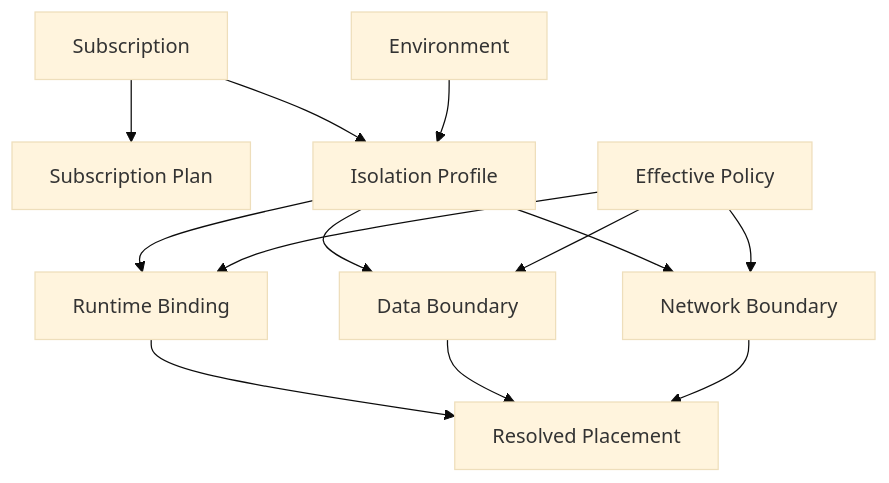
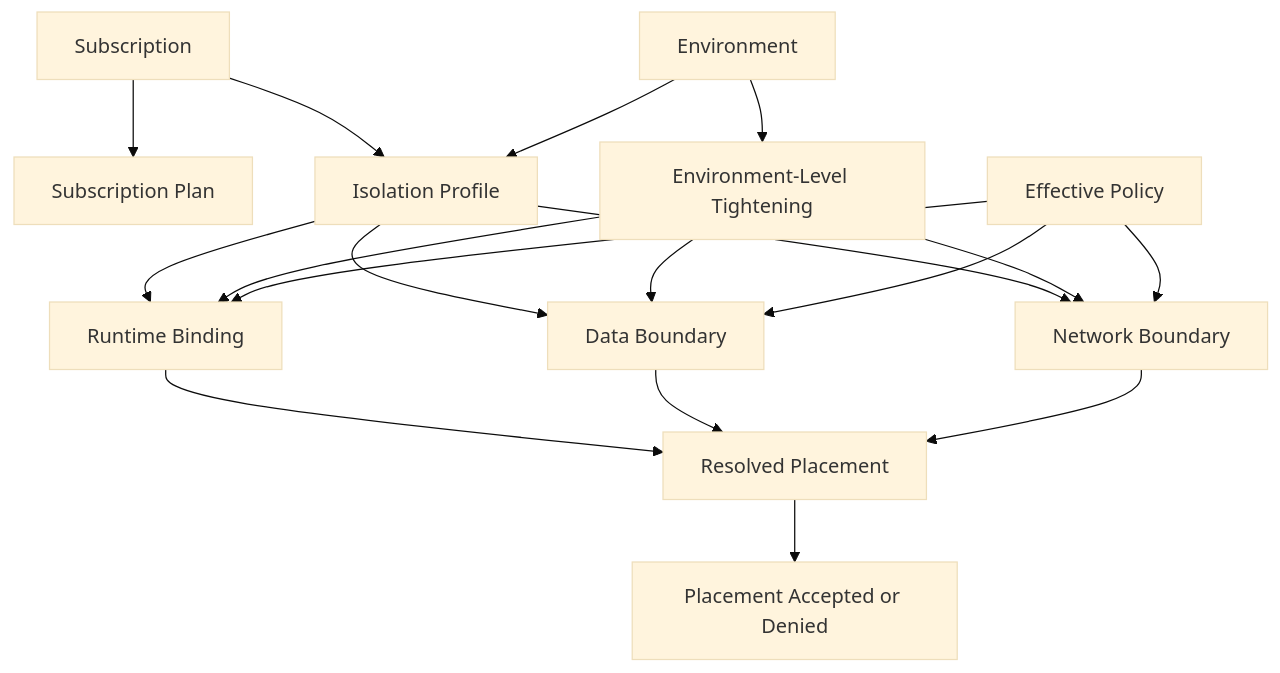
One commit to stefan-karlsson/software-architecture changed the third of 3 diagrams in documentation/arc42/06_runtime_view.adoc. Above: the diagram before and after it, drawn with Mermaid (base theme). The commit also changed other lines of this file and 6 other files, not shown here.

```diff
--- a/documentation/arc42/06_runtime_view.adoc
+++ b/documentation/arc42/06_runtime_view.adoc
@@ -66,16 +66,21 @@
 [mermaid, format=svg]
 ....
 flowchart TD
   Subscription["Subscription"] --> Plan["Subscription Plan"]
   Subscription --> IsolationProfile["Isolation Profile"]
   Environment["Environment"] --> IsolationProfile
   IsolationProfile --> RuntimeBinding["Runtime Binding"]
   IsolationProfile --> DataBoundary["Data Boundary"]
   IsolationProfile --> NetworkBoundary["Network Boundary"]
+  Environment --> Tightening["Environment-Level Tightening"]
+  Tightening --> RuntimeBinding
+  Tightening --> DataBoundary
+  Tightening --> NetworkBoundary
   Policy["Effective Policy"] --> RuntimeBinding
   Policy --> DataBoundary
   Policy --> NetworkBoundary
   RuntimeBinding --> Placement["Resolved Placement"]
   DataBoundary --> Placement
   NetworkBoundary --> Placement
+  Placement --> AcceptDeny["Placement Accepted or Denied"]
 ....
```
